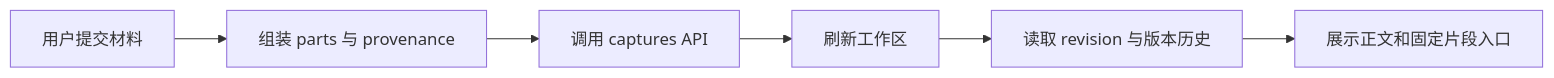
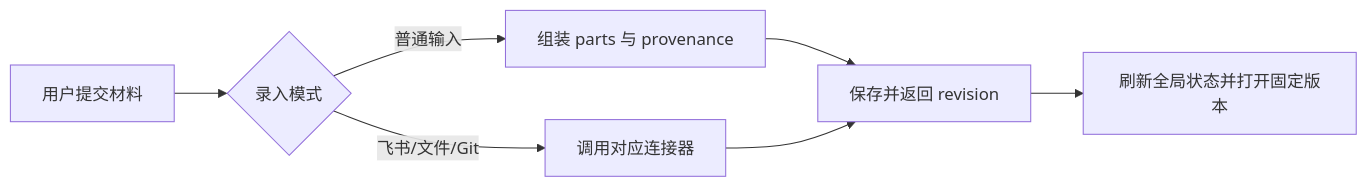
Before and after one commit to lejunyang/omem: the diagram in .repo-review/knowledge/articles/da0e264957572bf35832a2327ed88508c6913c8ffb0323e87898adcffe262642.md, drawn with Mermaid. The commit also changed other lines of this file and 1 other file, not shown here.

Commit message:
docs(knowledge): refresh workspace reading flow after independent review

````diff
--- a/.repo-review/knowledge/articles/da0e264957572bf35832a2327ed88508c6913c8ffb0323e87898adcffe262642.md
+++ b/.repo-review/knowledge/articles/da0e264957572bf35832a2327ed88508c6913c8ffb0323e87898adcffe262642.md
@@ -24,8 +19,9 @@
 ```mermaid
 flowchart LR
-  A[用户提交材料] --> B[组装 parts 与 provenance]
-  B --> C[调用 captures API]
-  C --> D[刷新工作区]
-  D --> E[读取 revision 与版本历史]
-  E --> F[展示正文和固定片段入口]
+  A[用户提交材料] --> B{录入模式}
+  B -->|普通输入| C[组装 parts 与 provenance]
+  B -->|飞书/文件/Git| D[调用对应连接器]
+  C --> E[保存并返回 revision]
+  D --> E
+  E --> F[刷新全局状态并打开固定版本]
 ```
````
